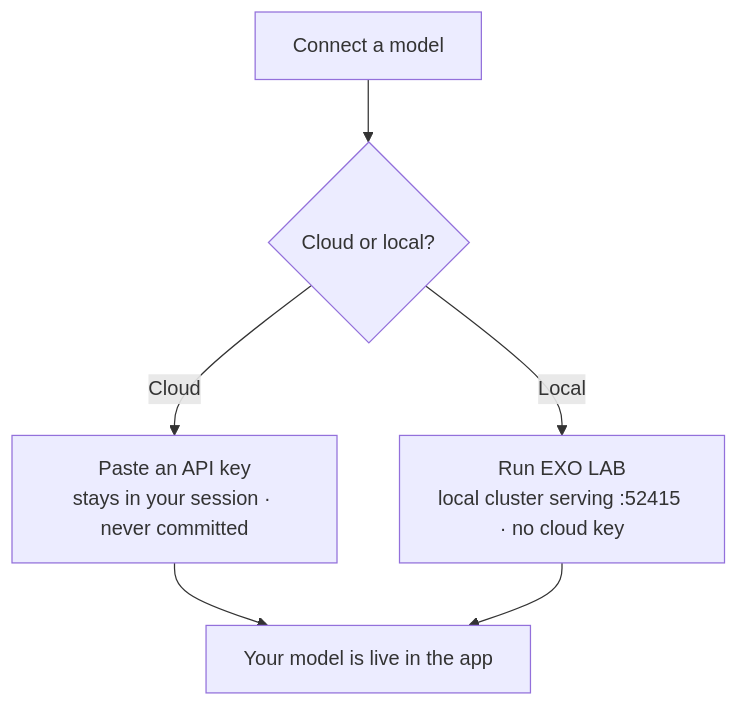
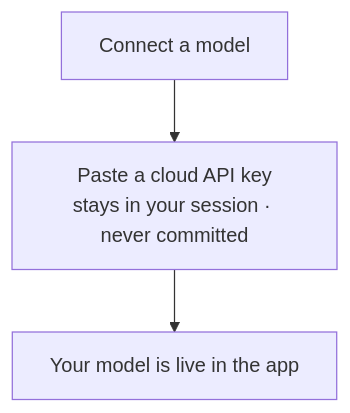
Before and after one commit to devclone20/cloneframe_app_executable: the second of 2 diagrams in README.md, drawn with Mermaid. The commit also changed other lines of this file and 24 other files, not shown here.

First line of the commit message:
feat(integrations): remove EXO LAB, Manaflow & TMUX — keep as "coming soon"

````diff
--- a/README.md
+++ b/README.md
@@ -125,8 +134,5 @@
 ```mermaid
 flowchart TD
-    Start["Connect a model"] --> Q{"Cloud or local?"}
-    Q -->|"Cloud"| Key["Paste an API key<br/>stays in your session · never committed"]
-    Q -->|"Local"| Exo["Run EXO LAB<br/>local cluster serving :52415 · no cloud key"]
+    Start["Connect a model"] --> Key["Paste a cloud API key<br/>stays in your session · never committed"]
     Key --> Done["Your model is live in the app"]
-    Exo --> Done
 ```
````
